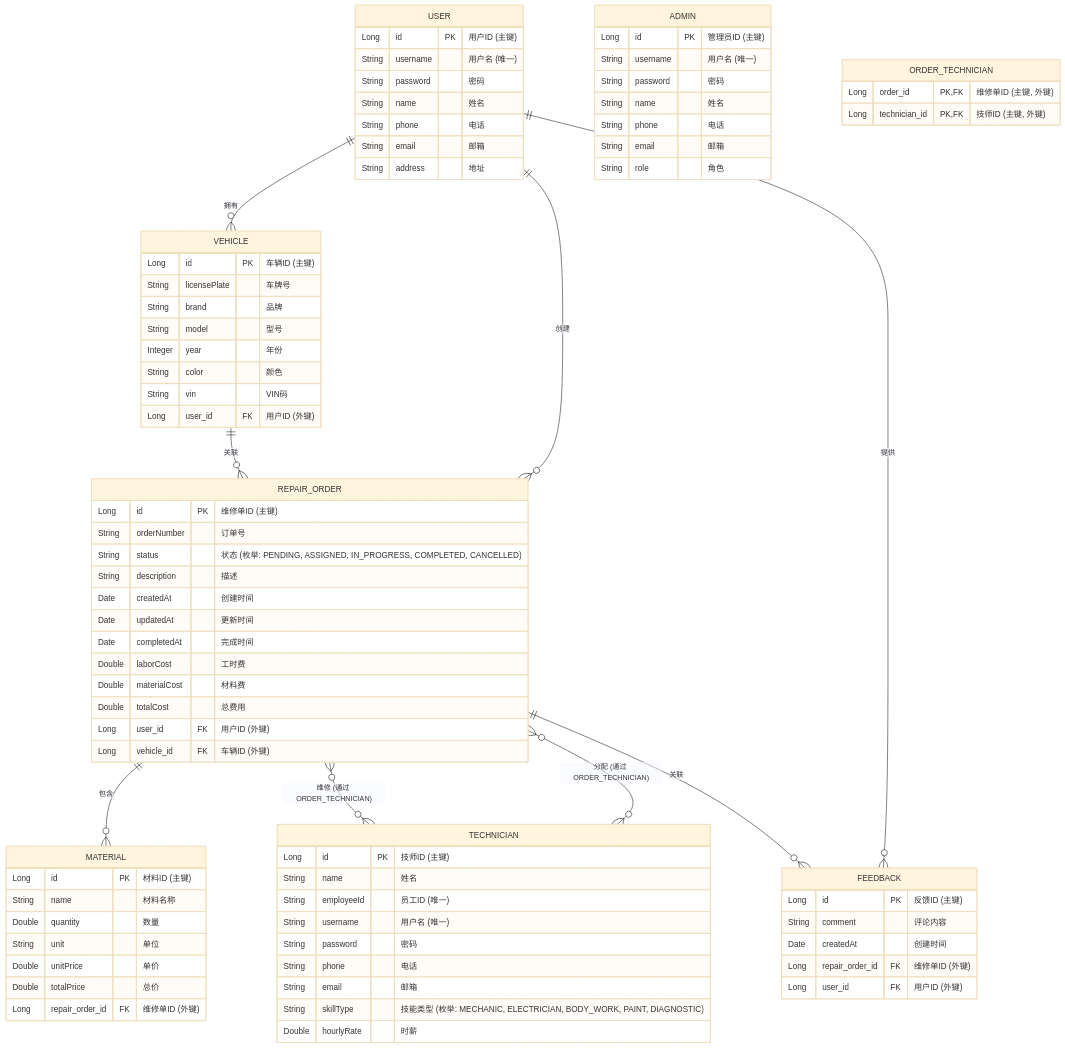
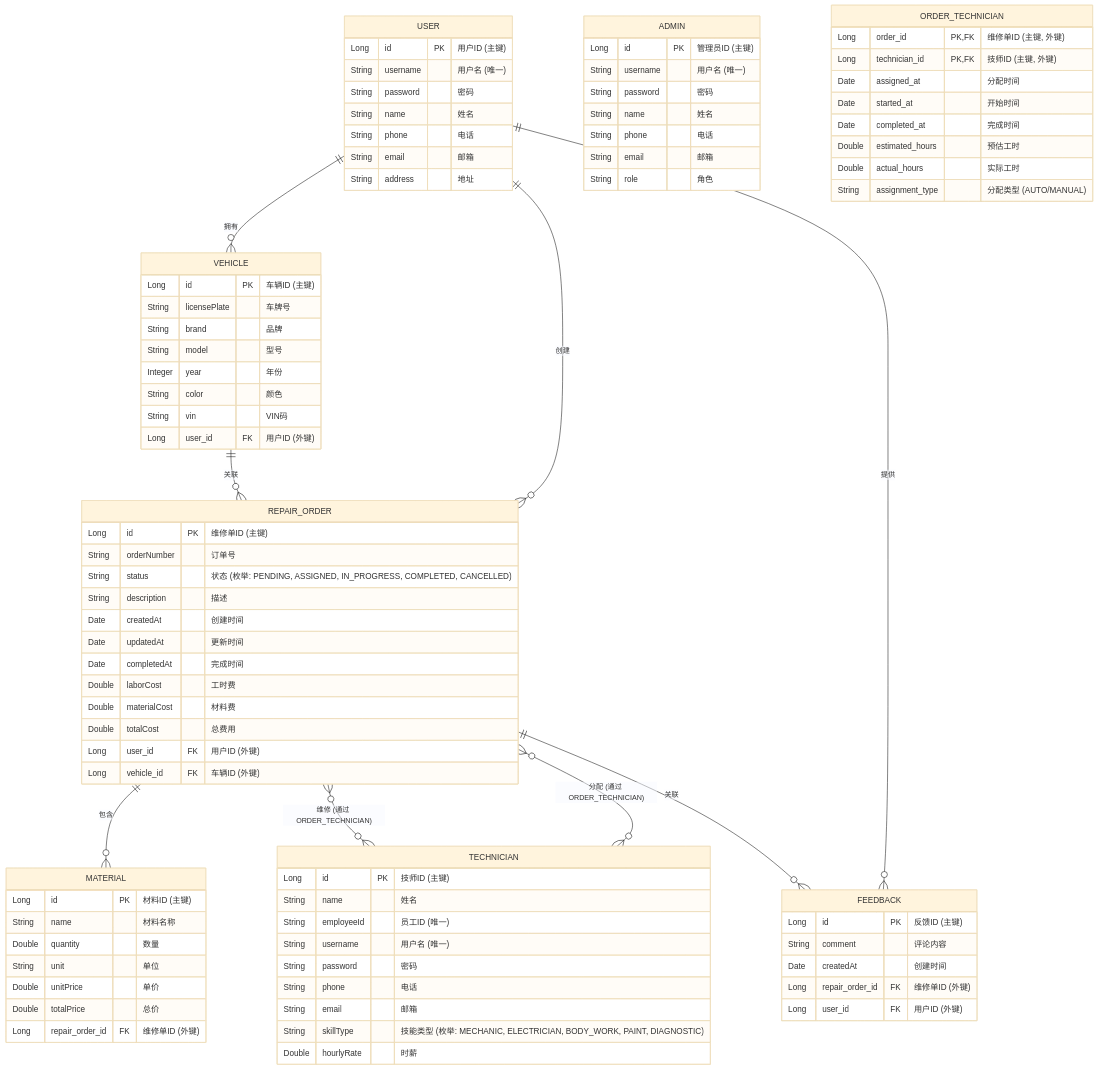
Before and after one commit to coder-shx/DatabaseProject: the diagram in E-R图.md, drawn with Mermaid (base theme). The commit also changed 21810 other files, not shown here.

```diff
--- a/E-R图.md
+++ b/E-R图.md
@@ -79,6 +79,12 @@
     ORDER_TECHNICIAN {
         Long order_id PK, FK "维修单ID (主键, 外键)"
         Long technician_id PK, FK "技师ID (主键, 外键)"
+        Date assigned_at "分配时间"
+        Date started_at "开始时间"
+        Date completed_at "完成时间"
+        Double estimated_hours "预估工时"
+        Double actual_hours "实际工时"
+        String assignment_type "分配类型 (AUTO/MANUAL)"
     }
 
     USER ||--o{ VEHICLE : "拥有"
```
